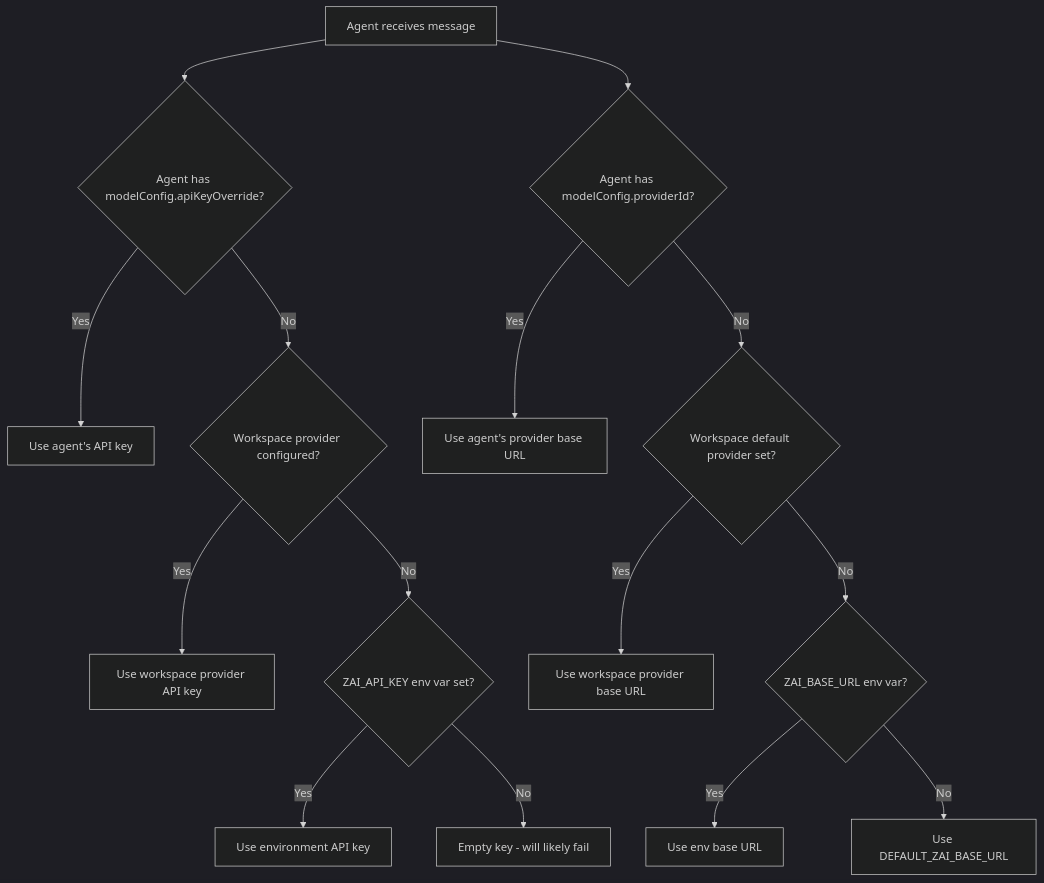
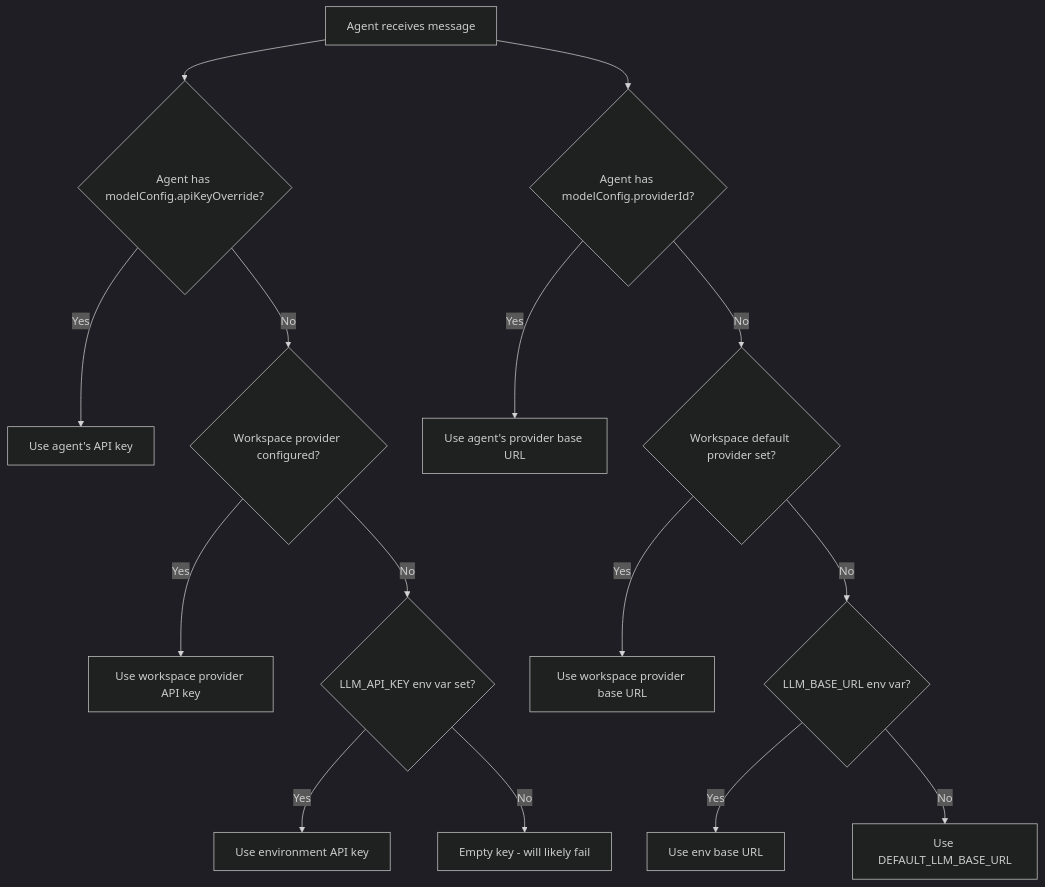
One commit to pde-rent/monokeros changed the diagram in docs/features/ai-providers.md. Above: the diagram before and after it, drawn with Mermaid (dark theme). The commit also changed other lines of this file and 50 other files, not shown here.

````diff
--- a/docs/features/ai-providers.md
+++ b/docs/features/ai-providers.md
@@ -71,18 +71,18 @@
 ```mermaid
 flowchart TD
     A[Agent receives message] --> B{Agent has modelConfig.apiKeyOverride?}
     B -- Yes --> C[Use agent's API key]
     B -- No --> D{Workspace provider configured?}
     D -- Yes --> E[Use workspace provider API key]
-    D -- No --> F{ZAI_API_KEY env var set?}
+    D -- No --> F{LLM_API_KEY env var set?}
     F -- Yes --> G[Use environment API key]
     F -- No --> H[Empty key - will likely fail]
 
     A --> I{Agent has modelConfig.providerId?}
     I -- Yes --> J[Use agent's provider base URL]
     I -- No --> K{Workspace default provider set?}
     K -- Yes --> L[Use workspace provider base URL]
-    K -- No --> M{ZAI_BASE_URL env var?}
+    K -- No --> M{LLM_BASE_URL env var?}
     M -- Yes --> N[Use env base URL]
-    M -- No --> O[Use DEFAULT_ZAI_BASE_URL]
+    M -- No --> O[Use DEFAULT_LLM_BASE_URL]
 ```
````
